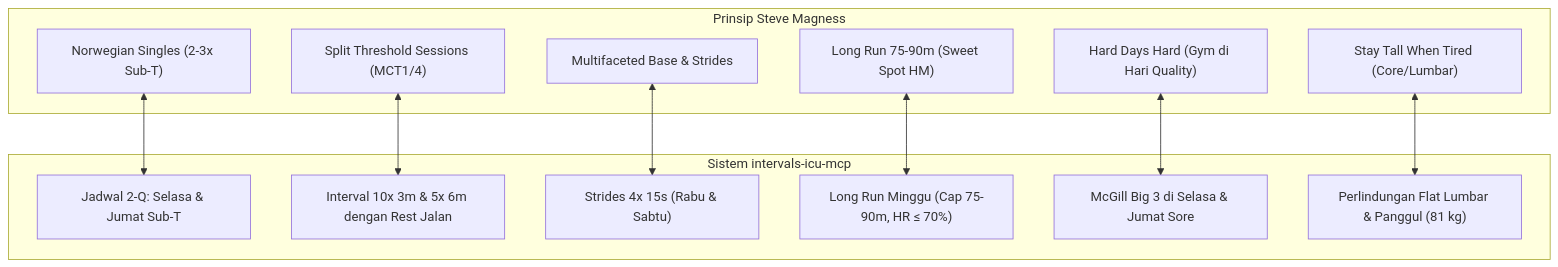
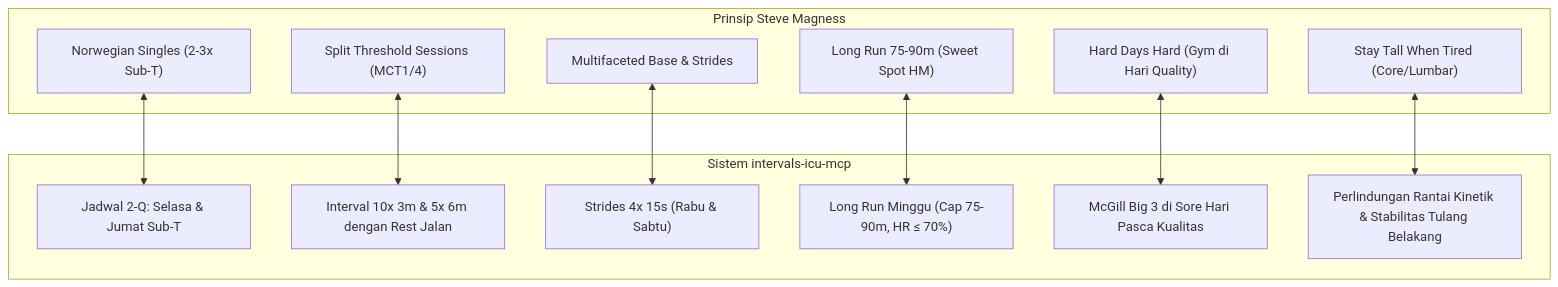
One commit to hadidwirsty/intervals-icu-mcp changed the diagram in docs/references/steve-magness/README.md. Above: the diagram before and after it, drawn with Mermaid. The commit also changed other lines of this file and 13 other files, not shown here.

````diff
--- a/docs/references/steve-magness/README.md
+++ b/docs/references/steve-magness/README.md
@@ -25,27 +25,27 @@
 ```mermaid
 flowchart TD
     subgraph Magness["Prinsip Steve Magness"]
         M1["Norwegian Singles (2-3x Sub-T)"]
         M2["Split Threshold Sessions (MCT1/4)"]
         M3["Multifaceted Base & Strides"]
         M4["Long Run 75-90m (Sweet Spot HM)"]
         M5["Hard Days Hard (Gym di Hari Quality)"]
         M6["Stay Tall When Tired (Core/Lumbar)"]
     end
 
     subgraph System["Sistem intervals-icu-mcp"]
         S1["Jadwal 2-Q: Selasa & Jumat Sub-T"]
         S2["Interval 10x 3m & 5x 6m dengan Rest Jalan"]
         S3["Strides 4x 15s (Rabu & Sabtu)"]
         S4["Long Run Minggu (Cap 75-90m, HR ≤ 70%)"]
-        S5["McGill Big 3 di Selasa & Jumat Sore"]
-        S6["Perlindungan Flat Lumbar & Panggul (81 kg)"]
+        S5["McGill Big 3 di Sore Hari Pasca Kualitas"]
+        S6["Perlindungan Rantai Kinetik & Stabilitas Tulang Belakang"]
     end
 
     M1 <--> S1
     M2 <--> S2
     M3 <--> S3
     M4 <--> S4
     M5 <--> S5
     M6 <--> S6
 ```
````
